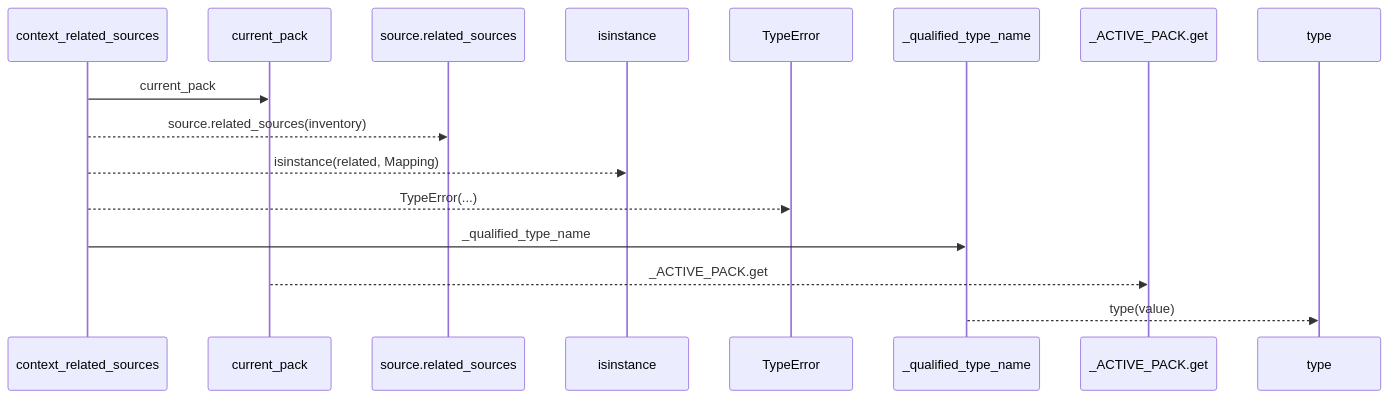
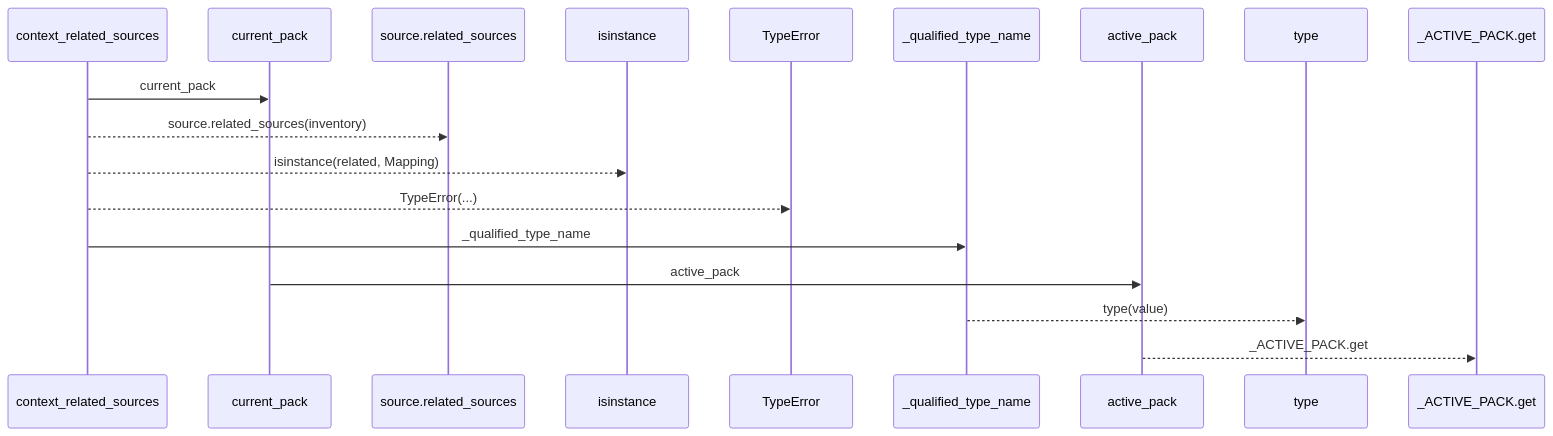
The first of 2 diagrams in docs/llm_wiki/flows/api-context_related_sources.md (Denissvgn/python-wiki-llm), drawn with Mermaid before and after one commit. The commit also changed other lines of this file and 719 other files, not shown here.

````diff
--- a/docs/llm_wiki/flows/api-context_related_sources.md
+++ b/docs/llm_wiki/flows/api-context_related_sources.md
@@ -12,18 +12,20 @@
 ```mermaid
 sequenceDiagram
     participant p0 as context_related_sources
     participant p1 as current_pack
     participant p2 as source.related_sources
     participant p3 as isinstance
     participant p4 as TypeError
     participant p5 as _qualified_type_name
-    participant p6 as _ACTIVE_PACK.get
+    participant p6 as active_pack
     participant p7 as type
+    participant p8 as _ACTIVE_PACK.get
     p0->>p1: current_pack
     p0-->>p2: source.related_sources(inventory)
     p0-->>p3: isinstance(related, Mapping)
     p0-->>p4: TypeError(...)
     p0->>p5: _qualified_type_name
-    p1-->>p6: _ACTIVE_PACK.get
+    p1->>p6: active_pack
     p5-->>p7: type(value)
+    p6-->>p8: _ACTIVE_PACK.get
 ```
````
